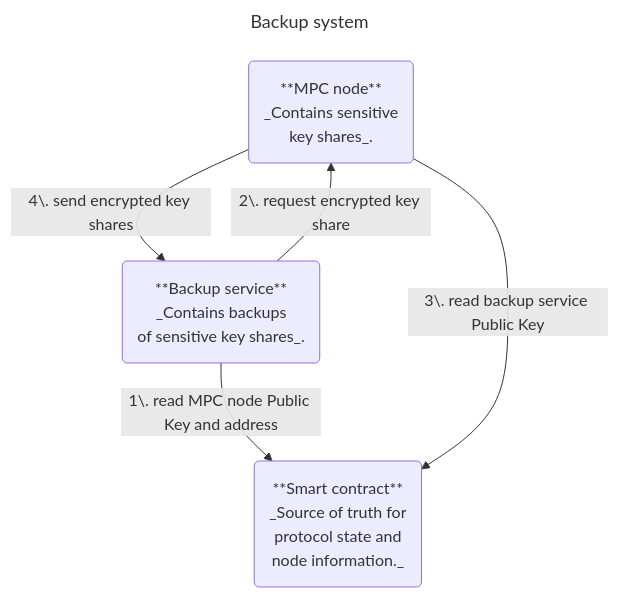
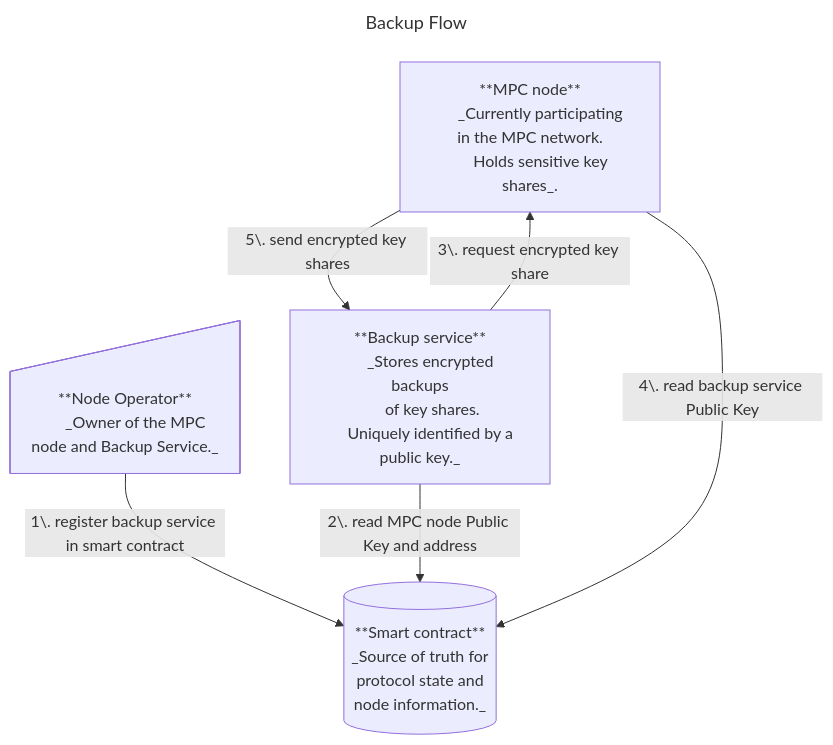
The first of 2 diagrams in TEE.md (near/mpc), drawn with Mermaid before and after one commit. The commit also changed other lines of this file, not shown here.

````diff
--- a/TEE.md
+++ b/TEE.md
@@ -33,30 +46,42 @@
 ```mermaid
 ---
-title: Backup system
+title: Backup Flow
 ---
 flowchart TD
 
     SC("
       **Smart contract**
       _Source of truth for
       protocol state and
       node information._
     ");
 
     MPC("
       **MPC node**
-      _Contains sensitive
-      key shares_.
+      _Currently participating in the MPC network.
+      Holds sensitive key shares_.
     ");
 
     BS("
       **Backup service**
-      _Contains backups
-     of sensitive key shares_.
+      _Stores encrypted backups
+      of key shares.
+      Uniquely identified by a public key._
     ");
 
-    BS -->| 1\. read MPC node Public Key and address| SC;
-    BS --> |2\. request encrypted key share| MPC;
-    MPC -->|3\. read backup service Public Key | SC;
-    MPC -->|4\. send encrypted key shares | BS;
+    NO("
+      **Node Operator**
+      _Owner of the MPC node and Backup Service._
+    ");
+    
+    NO -->|1\. register backup service in smart contract| SC;
+    BS -->|2\. read MPC node Public Key and address| SC;
+    BS --> |3\. request encrypted key share| MPC;
+    MPC -->|4\. read backup service Public Key | SC;
+    MPC -->|5\. send encrypted key shares | BS;
+
+    NO@{ shape: manual-input}
+    SC@{ shape: db}
+    BS@{ shape: proc}
+    MPC@{ shape: proc}
 ```
````
